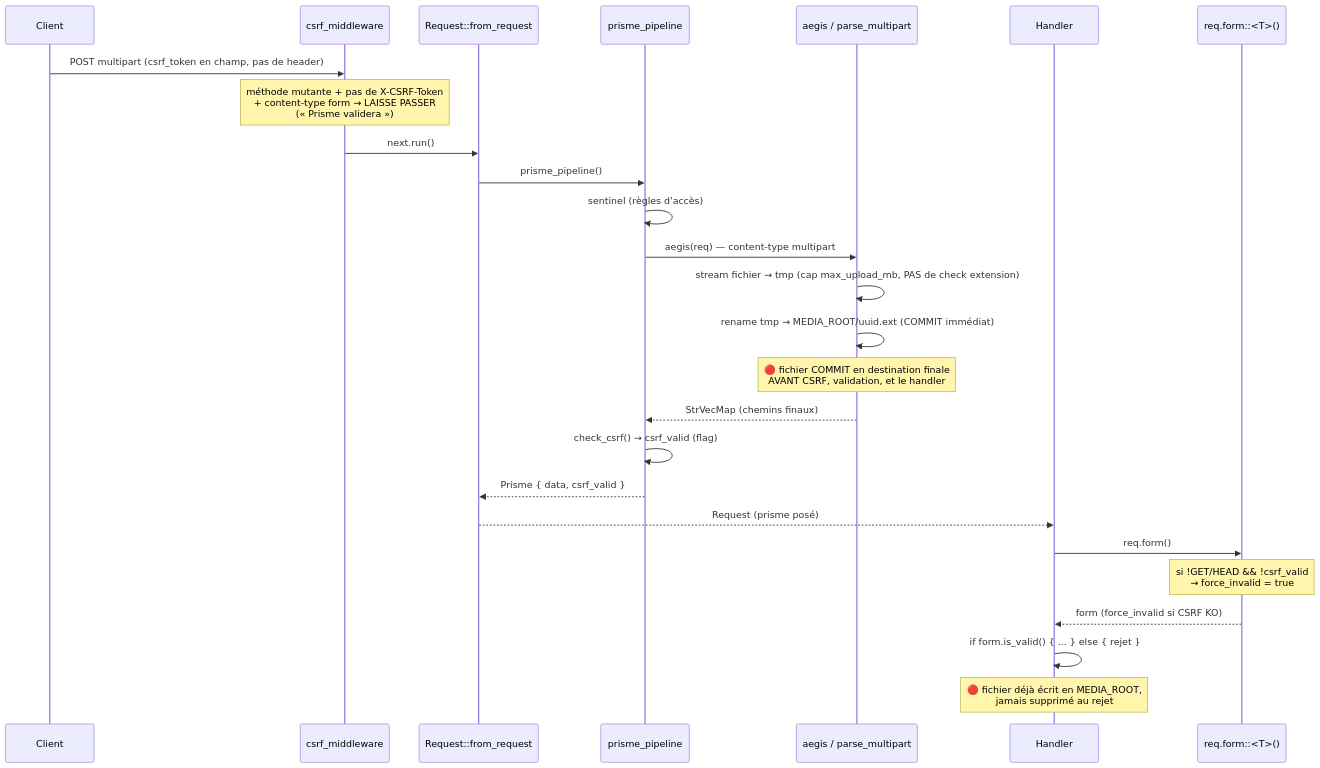
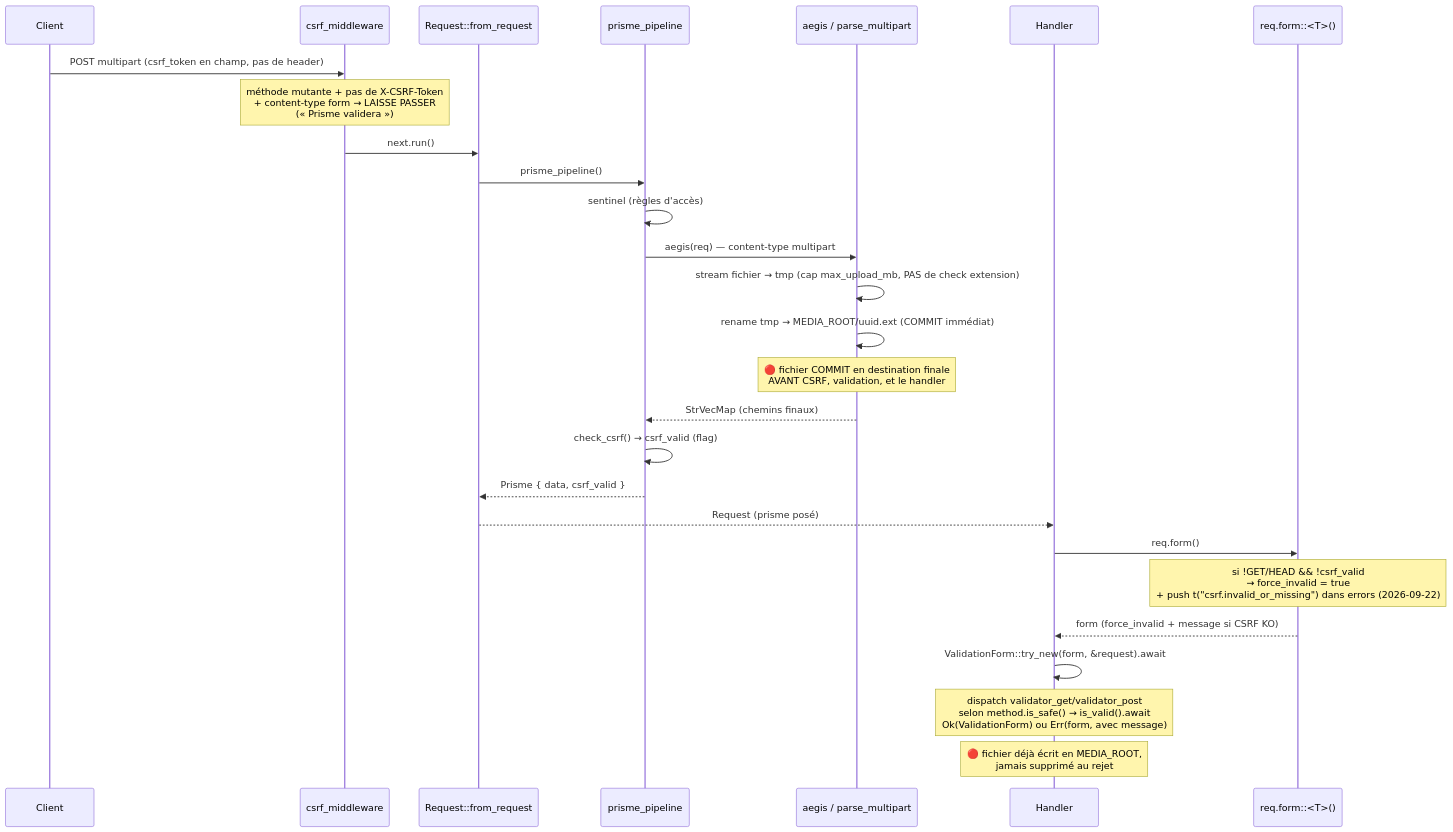
Before and after one commit to seb-alliot/runique: the diagram in diagramme/flux/requete-csrf-upload.md, drawn with Mermaid. The commit also changed other lines of this file and 67 other files, not shown here.

````diff
--- a/diagramme/flux/requete-csrf-upload.md
+++ b/diagramme/flux/requete-csrf-upload.md
@@ -5,29 +5,30 @@
 ```mermaid
 sequenceDiagram
     participant C as Client
     participant MW as csrf_middleware
     participant EX as Request::from_request
     participant P as prisme_pipeline
     participant AG as aegis / parse_multipart
     participant H as Handler
     participant F as req.form::<T>()
 
     C->>MW: POST multipart (csrf_token en champ, pas de header)
     Note over MW: méthode mutante + pas de X-CSRF-Token<br/>+ content-type form → LAISSE PASSER<br/>(« Prisme validera »)
     MW->>EX: next.run()
     EX->>P: prisme_pipeline()
     P->>P: sentinel (règles d'accès)
     P->>AG: aegis(req) — content-type multipart
     AG->>AG: stream fichier → tmp (cap max_upload_mb, PAS de check extension)
     AG->>AG: rename tmp → MEDIA_ROOT/uuid.ext (COMMIT immédiat)
     Note over AG: 🔴 fichier COMMIT en destination finale<br/>AVANT CSRF, validation, et le handler
     AG-->>P: StrVecMap (chemins finaux)
     P->>P: check_csrf() → csrf_valid (flag)
     P-->>EX: Prisme { data, csrf_valid }
     EX-->>H: Request (prisme posé)
     H->>F: req.form()
-    Note over F: si !GET/HEAD && !csrf_valid<br/>→ force_invalid = true
-    F-->>H: form (force_invalid si CSRF KO)
-    H->>H: if form.is_valid() { ... } else { rejet }
+    Note over F: si !GET/HEAD && !csrf_valid<br/>→ force_invalid = true<br/>+ push t("csrf.invalid_or_missing") dans errors (2026-09-22)
+    F-->>H: form (force_invalid + message si CSRF KO)
+    H->>H: ValidationForm::try_new(form, &request).await
+    Note over H: dispatch validator_get/validator_post<br/>selon method.is_safe() → is_valid().await<br/>Ok(ValidationForm) ou Err(form, avec message)
     Note over H: 🔴 fichier déjà écrit en MEDIA_ROOT,<br/>jamais supprimé au rejet
 ```
````
